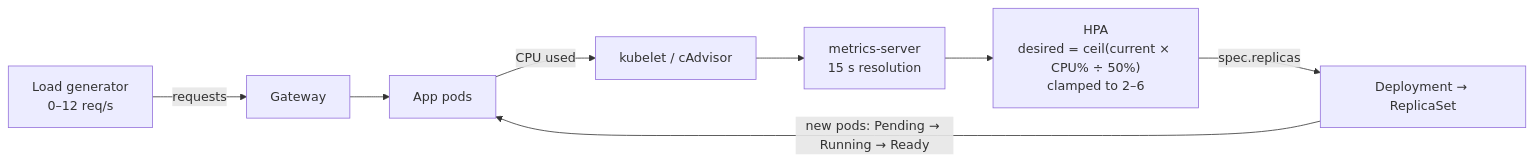
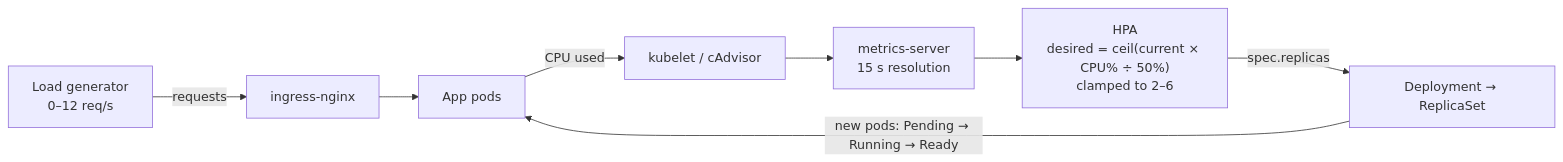
One commit to Sreerajraveendran/incidentlab changed the fifth of 6 diagrams in docs/ARCHITECTURE.md. Above: the diagram before and after it, drawn with Mermaid. The commit also changed other lines of this file and 42 other files, not shown here.

````diff
--- a/docs/ARCHITECTURE.md
+++ b/docs/ARCHITECTURE.md
@@ -336,8 +362,8 @@
 ```mermaid
 flowchart LR
-  L["Load generator<br/>0–12 req/s"] -->|requests| G["Gateway"] --> P["App pods"]
+  L["Load generator<br/>0–12 req/s"] -->|requests| G["ingress-nginx"] --> P["App pods"]
   P -->|"CPU used"| K["kubelet / cAdvisor"] --> M["metrics-server<br/>15 s resolution"]
   M --> H["HPA<br/>desired = ceil(current × CPU% ÷ 50%)<br/>clamped to 2–6"]
   H -->|"spec.replicas"| D["Deployment → ReplicaSet"]
   D -->|"new pods: Pending → Running → Ready"| P
 ```
````
